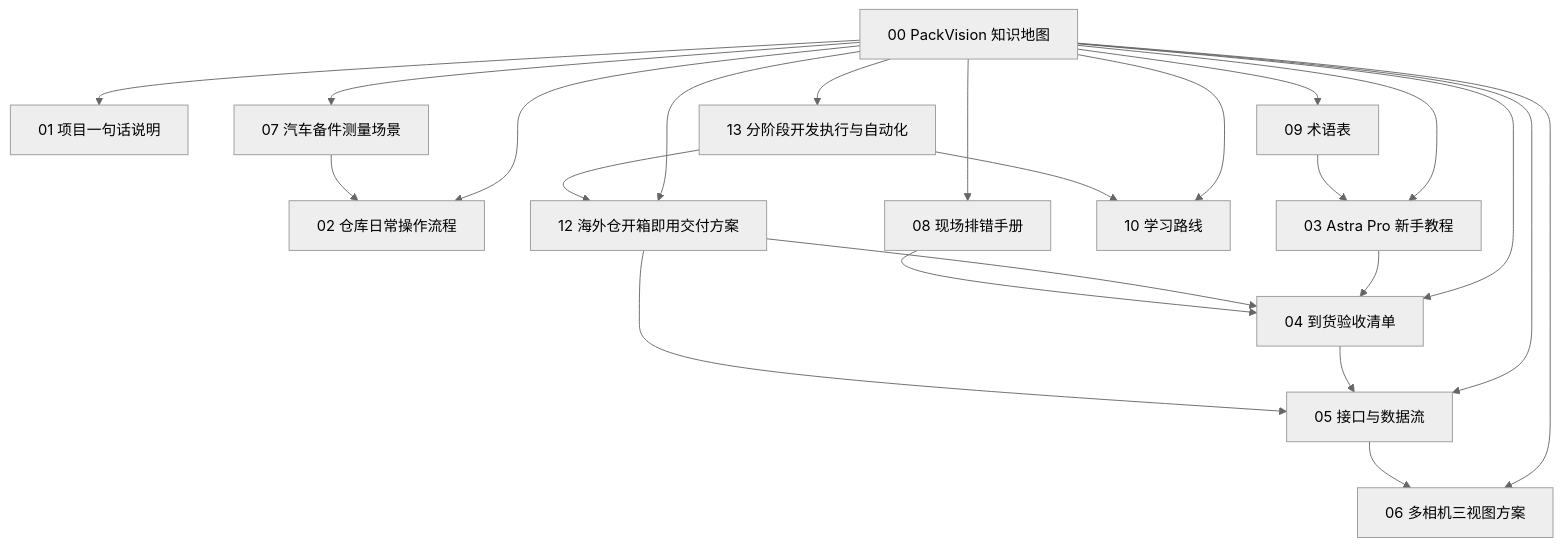
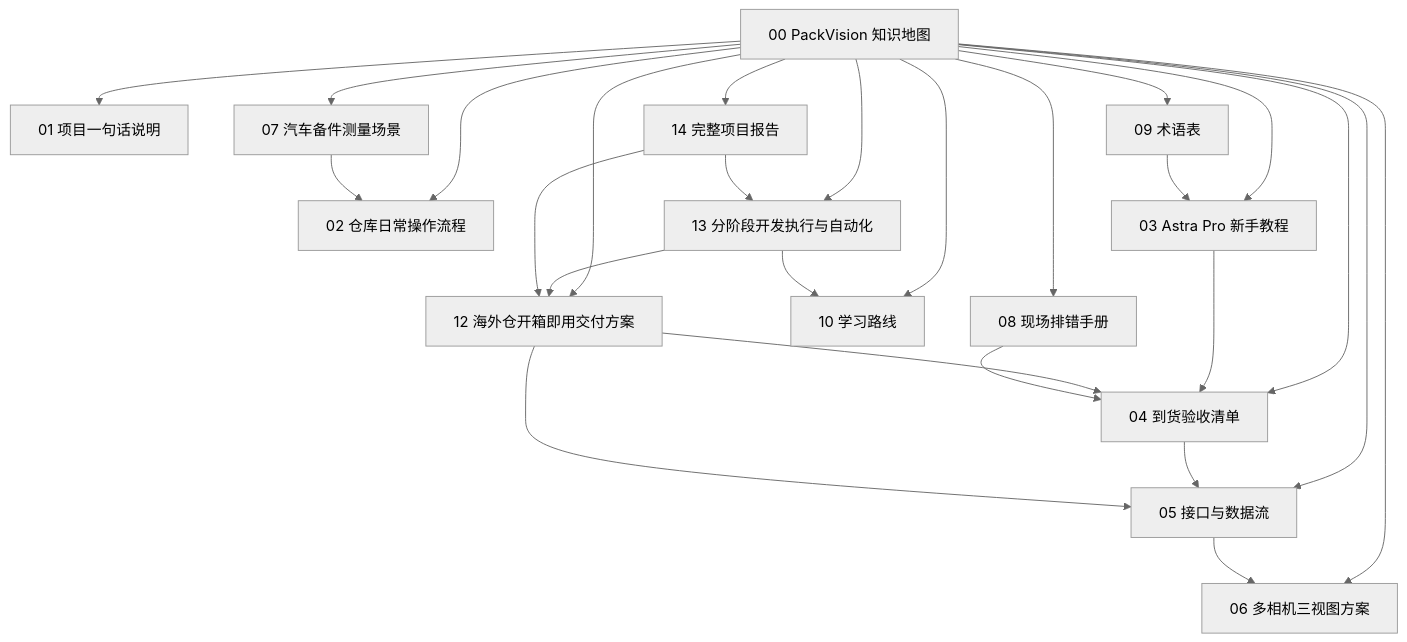
Before and after one commit to BilibiliSZdaomei/packvision: the diagram in docs_obsidian/PackVision/00 PackVision 知识地图.md, drawn with Mermaid (neutral theme). The commit also changed other lines of this file and 3 other files, not shown here.

````diff
--- a/docs_obsidian/PackVision/00 PackVision 知识地图.md
+++ b/docs_obsidian/PackVision/00 PackVision 知识地图.md
@@ -37,25 +38,28 @@
 ```mermaid
 graph TD
   A["00 PackVision 知识地图"] --> B["01 项目一句话说明"]
   A --> C["02 仓库日常操作流程"]
   A --> D["03 Astra Pro 新手教程"]
   A --> E["04 到货验收清单"]
   A --> F["05 接口与数据流"]
   A --> G["06 多相机三视图方案"]
   A --> H["07 汽车备件测量场景"]
   A --> I["08 现场排错手册"]
   A --> J["09 术语表"]
   A --> K["10 学习路线"]
   A --> L["12 海外仓开箱即用交付方案"]
   A --> M["13 分阶段开发执行与自动化"]
+  A --> N["14 完整项目报告"]
   D --> E
   E --> F
   F --> G
   L --> E
   L --> F
   M --> K
   M --> L
+  N --> L
+  N --> M
   H --> C
   I --> E
   J --> D
 ```
````
